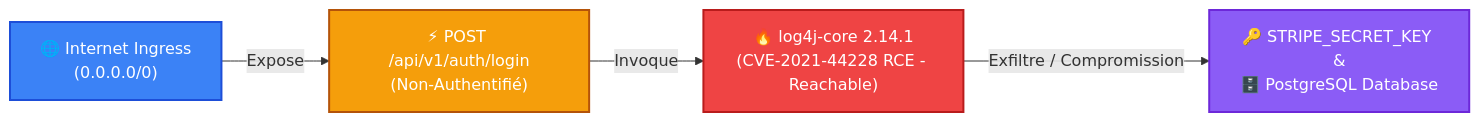
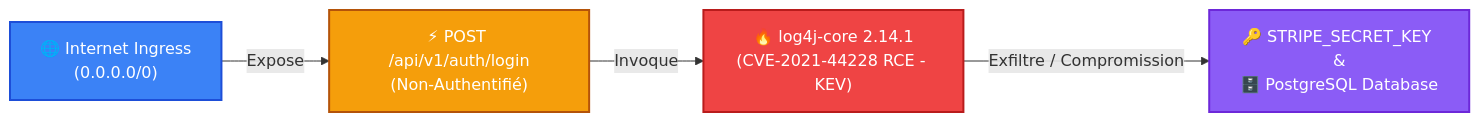
One commit to asmolabs/vectispire changed the diagram in docs/fr/ATTACK_PATH_VISUALIZER.fr.md. Above: the diagram before and after it, drawn with Mermaid. The commit also changed other lines of this file and 10 other files, not shown here.

````diff
--- a/docs/fr/ATTACK_PATH_VISUALIZER.fr.md
+++ b/docs/fr/ATTACK_PATH_VISUALIZER.fr.md
@@ -15,11 +15,11 @@
 ```mermaid
 flowchart LR
     A["🌐 Internet Ingress\n(0.0.0.0/0)"] -->|Expose| B["⚡ POST /api/v1/auth/login\n(Non-Authentifié)"]
-    B -->|Invoque| C["🔥 log4j-core 2.14.1\n(CVE-2021-44228 RCE - Reachable)"]
+    B -->|Invoque| C["🔥 log4j-core 2.14.1\n(CVE-2021-44228 RCE - KEV)"]
     C -->|Exfiltre / Compromission| D["🔑 STRIPE_SECRET_KEY &\n🗄️ PostgreSQL Database"]
 
     style A fill:#3b82f6,stroke:#1d4ed8,stroke-width:2px,color:#fff
     style B fill:#f59e0b,stroke:#b45309,stroke-width:2px,color:#fff
     style C fill:#ef4444,stroke:#b91c1c,stroke-width:2px,color:#fff
     style D fill:#8b5cf6,stroke:#6d28d9,stroke-width:2px,color:#fff
 ```
````
